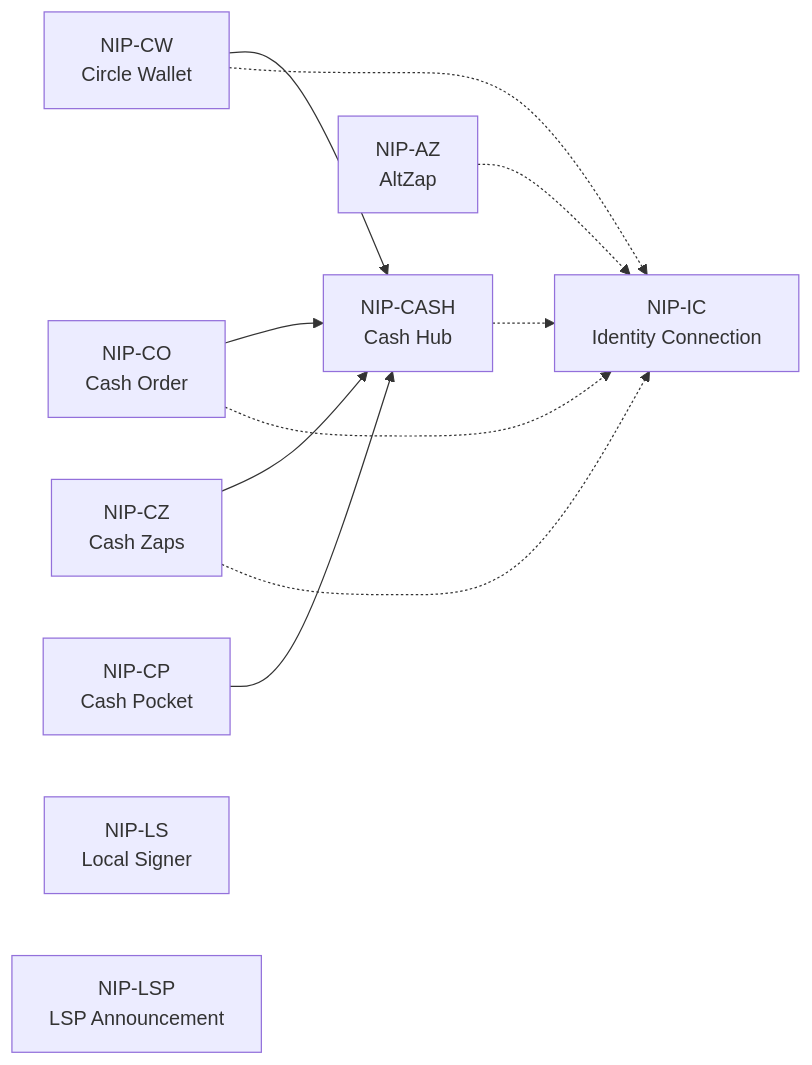
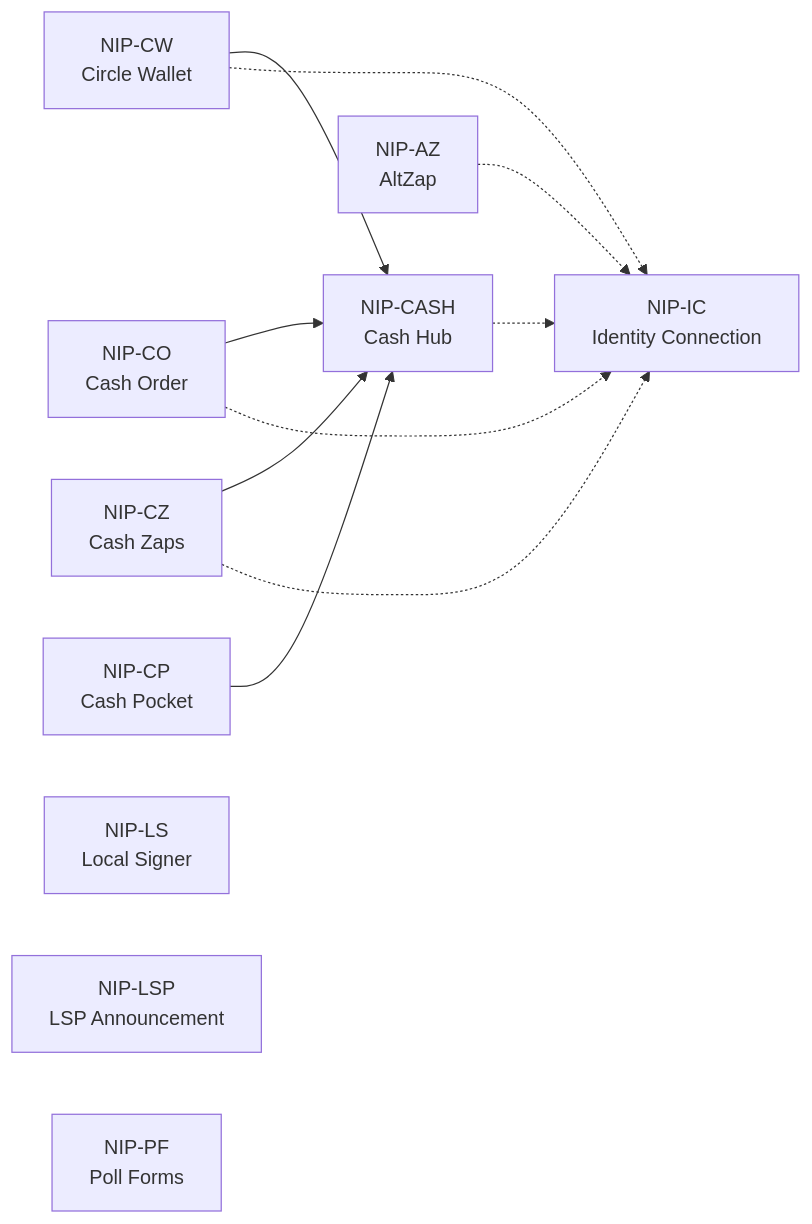
The diagram in README.md (ohstr/nips), drawn with Mermaid before and after one commit. The commit also changed other lines of this file and 1 other file, not shown here.

Commit message:
docs(nip-pf): Poll Forms — forms, responses and results (kinds 1069, 1019, 1070)

````diff
--- a/README.md
+++ b/README.md
@@ -21,16 +22,17 @@
 ```mermaid
 flowchart LR
     CASH[NIP-CASH<br/>Cash Hub]
     CW[NIP-CW<br/>Circle Wallet] --> CASH
     CO[NIP-CO<br/>Cash Order] --> CASH
     CP[NIP-CP<br/>Cash Pocket] --> CASH
     CZ[NIP-CZ<br/>Cash Zaps] --> CASH
     IC[NIP-IC<br/>Identity Connection]
     AZ[NIP-AZ<br/>AltZap] -.-> IC
     CZ -.-> IC
     CW -.-> IC
     CO -.-> IC
     CASH -.-> IC
     LS[NIP-LS<br/>Local Signer]
     LSP[NIP-LSP<br/>LSP Announcement]
+    PF[NIP-PF<br/>Poll Forms]
 ```
````
